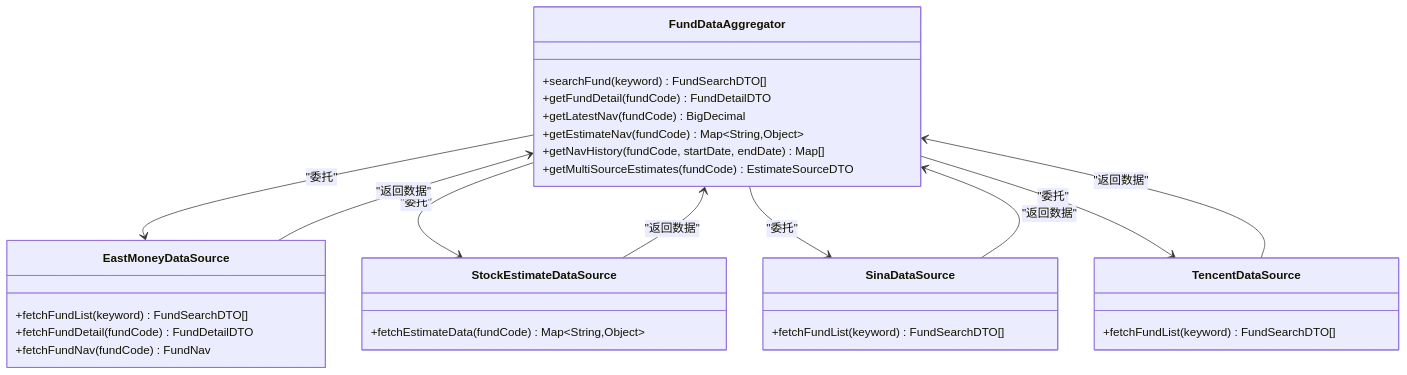
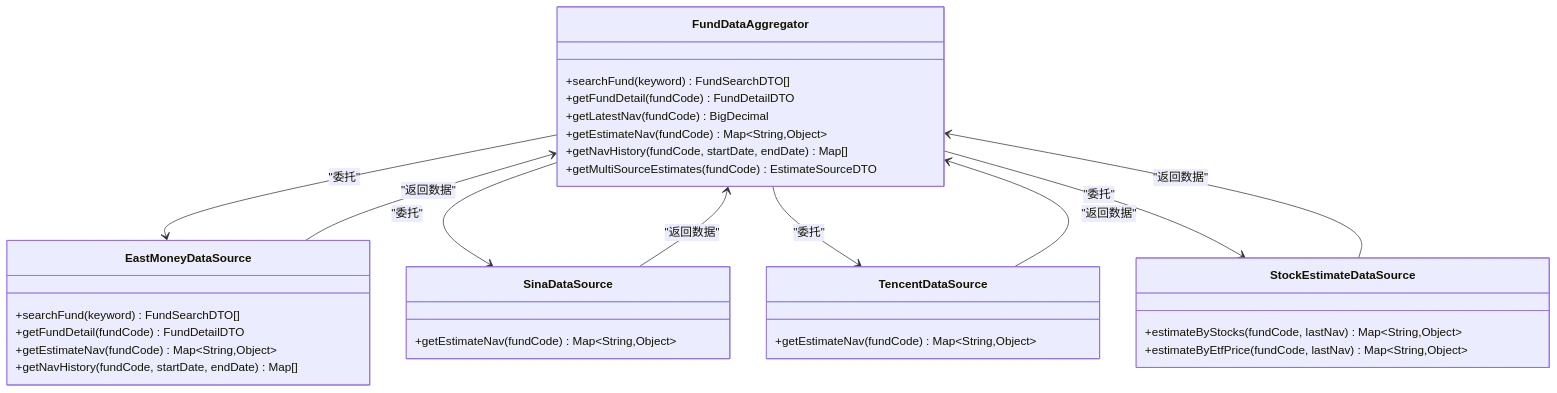
Before and after one commit to gree-coder/fund-butler: the ninth of 33 diagrams in .qoder/repowiki/zh/content/核心功能开发/核心功能开发.md, drawn with Mermaid. The commit also changed other lines of this file and 4 other files, not shown here.

````diff
--- a/.qoder/repowiki/zh/content/核心功能开发/核心功能开发.md
+++ b/.qoder/repowiki/zh/content/核心功能开发/核心功能开发.md
@@ -633,33 +642,35 @@
 ```mermaid
 classDiagram
 class FundDataAggregator {
 +searchFund(keyword) FundSearchDTO[]
 +getFundDetail(fundCode) FundDetailDTO
 +getLatestNav(fundCode) BigDecimal
 +getEstimateNav(fundCode) Map~String,Object~
 +getNavHistory(fundCode, startDate, endDate) Map[]
 +getMultiSourceEstimates(fundCode) EstimateSourceDTO
 }
 class EastMoneyDataSource {
-+fetchFundList(keyword) FundSearchDTO[]
-+fetchFundDetail(fundCode) FundDetailDTO
-+fetchFundNav(fundCode) FundNav
++searchFund(keyword) FundSearchDTO[]
++getFundDetail(fundCode) FundDetailDTO
++getEstimateNav(fundCode) Map~String,Object~
++getNavHistory(fundCode, startDate, endDate) Map[]
+}
+class SinaDataSource {
++getEstimateNav(fundCode) Map~String,Object~
+}
+class TencentDataSource {
++getEstimateNav(fundCode) Map~String,Object~
 }
 class StockEstimateDataSource {
-+fetchEstimateData(fundCode) Map~String,Object~
-}
-class SinaDataSource {
-+fetchFundList(keyword) FundSearchDTO[]
-}
-class TencentDataSource {
-+fetchFundList(keyword) FundSearchDTO[]
++estimateByStocks(fundCode, lastNav) Map~String,Object~
++estimateByEtfPrice(fundCode, lastNav) Map~String,Object~
 }
 FundDataAggregator --> EastMoneyDataSource : "委托"
-FundDataAggregator --> StockEstimateDataSource : "委托"
 FundDataAggregator --> SinaDataSource : "委托"
 FundDataAggregator --> TencentDataSource : "委托"
+FundDataAggregator --> StockEstimateDataSource : "委托"
 EastMoneyDataSource --> FundDataAggregator : "返回数据"
-StockEstimateDataSource --> FundDataAggregator : "返回数据"
 SinaDataSource --> FundDataAggregator : "返回数据"
 TencentDataSource --> FundDataAggregator : "返回数据"
+StockEstimateDataSource --> FundDataAggregator : "返回数据"
 ```
````
